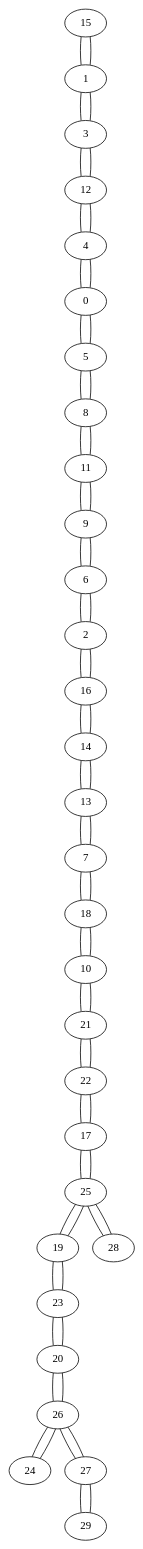
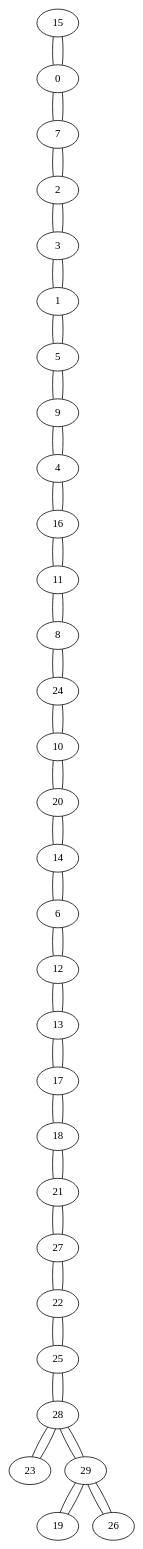
Before and after one commit to chrisalmonte/P-Grafos: the diagram in grafos/Gilbert/gilbert_30_DFSi.gv, drawn with Graphviz. The commit also changed 72 other files, not shown here.

```diff
--- a/grafos/Gilbert/gilbert_30_DFSi.gv
+++ b/grafos/Gilbert/gilbert_30_DFSi.gv
@@ -1,60 +1,60 @@
 graph {
-15 -- 1
-1 -- 15
+15 -- 0
+0 -- 15
+0 -- 7
+7 -- 0
+7 -- 2
+2 -- 7
+2 -- 3
+3 -- 2
+3 -- 1
 1 -- 3
-3 -- 1
-3 -- 12
-12 -- 3
-12 -- 4
-4 -- 12
-4 -- 0
-0 -- 4
-0 -- 5
-5 -- 0
-5 -- 8
-8 -- 5
+1 -- 5
+5 -- 1
+5 -- 9
+9 -- 5
+9 -- 4
+4 -- 9
+4 -- 16
+16 -- 4
+16 -- 11
+11 -- 16
+11 -- 8
 8 -- 11
-11 -- 8
-11 -- 9
-9 -- 11
-9 -- 6
-6 -- 9
-6 -- 2
-2 -- 6
-2 -- 16
-16 -- 2
-16 -- 14
-14 -- 16
-14 -- 13
-13 -- 14
-13 -- 7
-7 -- 13
-7 -- 18
-18 -- 7
-18 -- 10
-10 -- 18
-10 -- 21
-21 -- 10
-21 -- 22
-22 -- 21
-22 -- 17
-17 -- 22
-17 -- 25
-25 -- 17
-25 -- 19
+8 -- 24
+24 -- 8
+24 -- 10
+10 -- 24
+10 -- 20
+20 -- 10
+20 -- 14
+14 -- 20
+14 -- 6
+6 -- 14
+6 -- 12
+12 -- 6
+12 -- 13
+13 -- 12
+13 -- 17
+17 -- 13
+17 -- 18
+18 -- 17
+18 -- 21
+21 -- 18
+21 -- 27
+27 -- 21
+27 -- 22
+22 -- 27
+22 -- 25
+25 -- 22
 25 -- 28
-19 -- 25
-19 -- 23
-23 -- 19
-23 -- 20
-20 -- 23
-20 -- 26
-26 -- 20
-26 -- 24
-26 -- 27
-24 -- 26
-27 -- 26
-27 -- 29
-29 -- 27
 28 -- 25
+28 -- 23
+28 -- 29
+23 -- 28
+29 -- 28
+29 -- 19
+29 -- 26
+19 -- 29
+26 -- 29
 }
```
